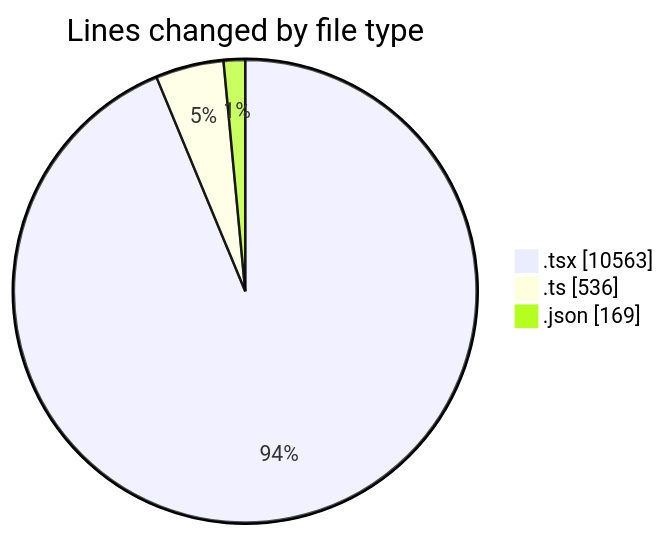
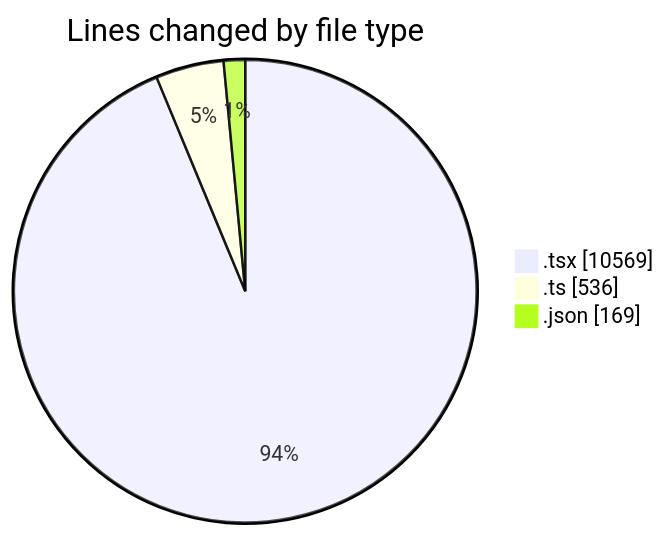
One commit to robertbonfada/code-tracking changed the first of 2 diagrams in 2025-02-18/mbc-web/README.md. Above: the diagram before and after it, drawn with Mermaid. The commit also changed other lines of this file and 1 other file, not shown here.

````diff
--- a/2025-02-18/mbc-web/README.md
+++ b/2025-02-18/mbc-web/README.md
@@ -136,7 +136,7 @@
 ```mermaid
 pie showData
 title Lines changed by file type
-".tsx" : 10563
+".tsx" : 10569
 ".ts" : 536
 ".json" : 169
 ```
````
